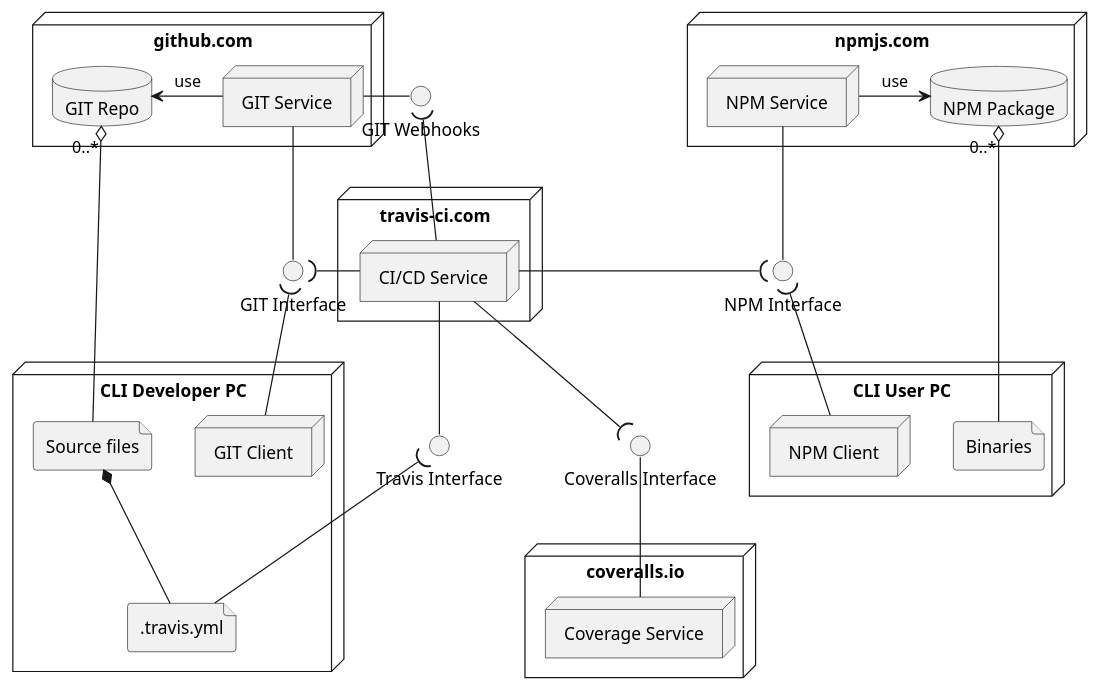
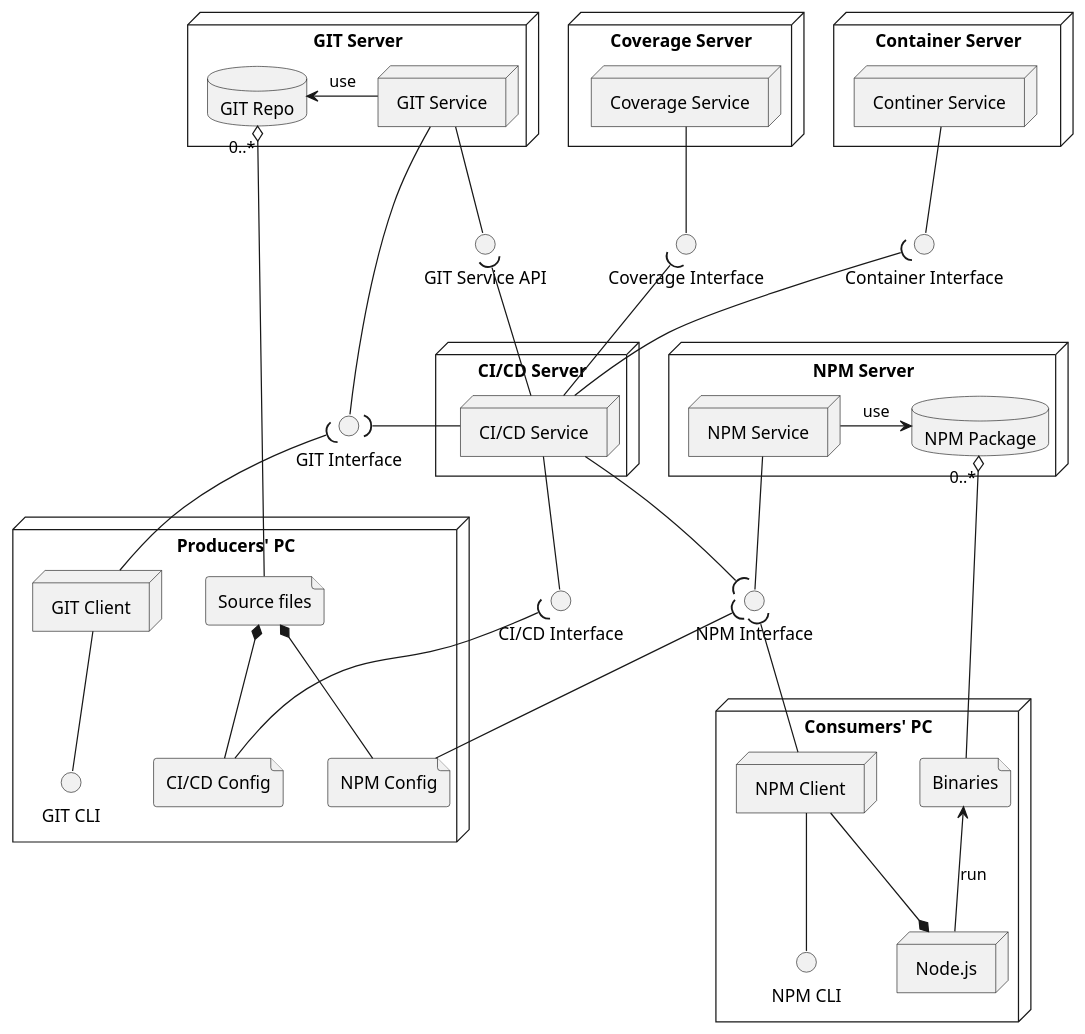
Before and after one commit to imazzine/design: the second of 3 diagrams in uml/cli.puml, drawn with PlantUML. The commit also changed other lines of this file and 4 other files, not shown here.

```diff
--- a/uml/cli.puml
+++ b/uml/cli.puml
@@ -19,53 +19,78 @@
 @startuml processes
     
-    node "github.com" as GITServer {
+    node "GIT Server" as GITServer {
         database "GIT Repo" as GITRepo
         node "GIT Service" as GITService
         GITRepo <- GITService: use
     }
-    interface "GIT Webhooks" as GITWebhooks
+    interface "GIT Service API" as GITServiceAPI
     interface "GIT Interface" as GITInterface
-    GITService - GITWebhooks
+    GITService -- GITServiceAPI
     GITService -- GITInterface
     
-    node "npmjs.com" as NPMServer {
+    node "NPM Server" as NPMServer {
         node "NPM Service" as NPMService
         database "NPM Package" as NPMPackage
         NPMService -> NPMPackage: use
     }
     interface "NPM Interface" as NPMInterface
     NPMService -- NPMInterface
 
-    node "travis-ci.com" as CICDServer {
+    node "CI/CD Server" as CICDServer {
         node "CI/CD Service" as CICDService
     }
-    interface "Travis Interface" as CICDInterface
+    interface "CI/CD Interface" as CICDInterface
     CICDService -- CICDInterface
-    GITWebhooks )-- CICDService
+    GITServiceAPI )-- CICDService
     GITInterface )- CICDService
-    CICDService -( NPMInterface
+    CICDService --( NPMInterface
+
+    node "Container Server" as ContainerServer {
+        node "Continer Service" as ContainerService
+    }
+    interface "Container Interface" as ContainerInterface
+    ContainerService -- ContainerInterface
+    ContainerInterface )-- CICDService
     
-    node "coveralls.io" as CoverageServer {
+    node "Coverage Server" as CoverageServer {
         node "Coverage Service" as CoverageService
     }
-    interface "Coveralls Interface" as CoverageInterface
-    CoverageInterface --CoverageService
-    CICDService --( CoverageInterface
+    interface "Coverage Interface" as CoverageInterface
+    CoverageService -- CoverageInterface
+    CoverageInterface )-- CICDService
     
-    node "CLI Developer PC" as DeveloperPC {
+    node "Producers' PC" as ProducerPC {
         node "GIT Client" as GITClient
+        interface "GIT CLI" as GIT_CLI
+        GITClient -- GIT_CLI
+
+        ' node "NPM Client" as NPMClientP
+        ' interface "NPM CLI" as NPM_CLI_P
+        ' NPMInterface -- NPMClientP 
+        ' NPMClientP -- NPM_CLI_P
+
         file "Source files" as Sources
-        file ".travis.yml" as travis_yml
+        file "CI/CD Config" as CICDConf
+        file "NPM Config" as NPMConfig
         GITRepo "0..*" o-- Sources
-        Sources *-- travis_yml
+        Sources *-- CICDConf
+        Sources *-- NPMConfig
         GITInterface )-- GITClient
-        CICDInterface )-- travis_yml
+        CICDInterface )-- CICDConf
+        NPMInterface )-- NPMConfig
     }
 
-    node "CLI User PC" as UserPC {
-        node "NPM Client" as NPMClient
+    node "Consumers' PC" as ConsumerPC {
+        node "NPM Client" as NPMClientC
+        interface "NPM CLI" as NPM_CLI_C
+        NPMInterface )-- NPMClientC
+        NPMClientC -- NPM_CLI_C
+
+        node "Node.js" as NodeJS
+        NPMClientC --* NodeJS
+
         file "Binaries" as Binaries
-        NPMInterface )-- NPMClient
         NPMPackage "0..*" o-- Binaries
+        Binaries <-- NodeJS: run
     }
 @enduml
```
